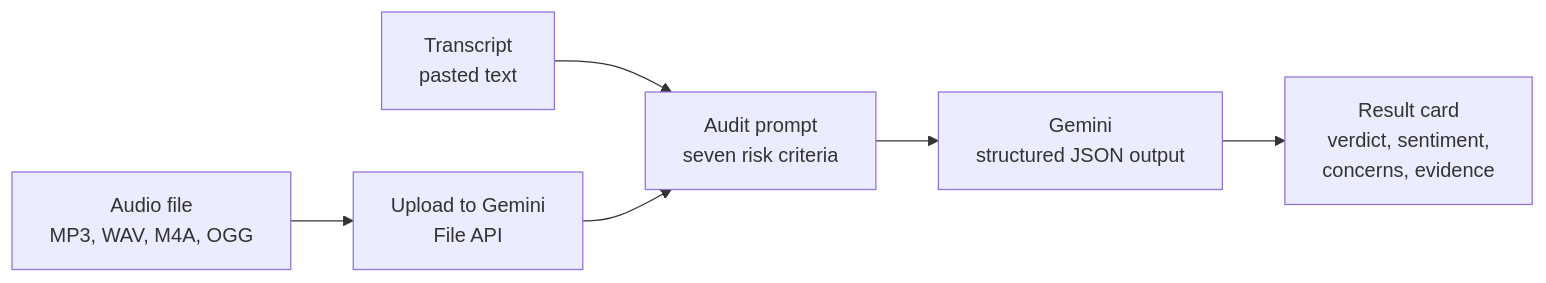
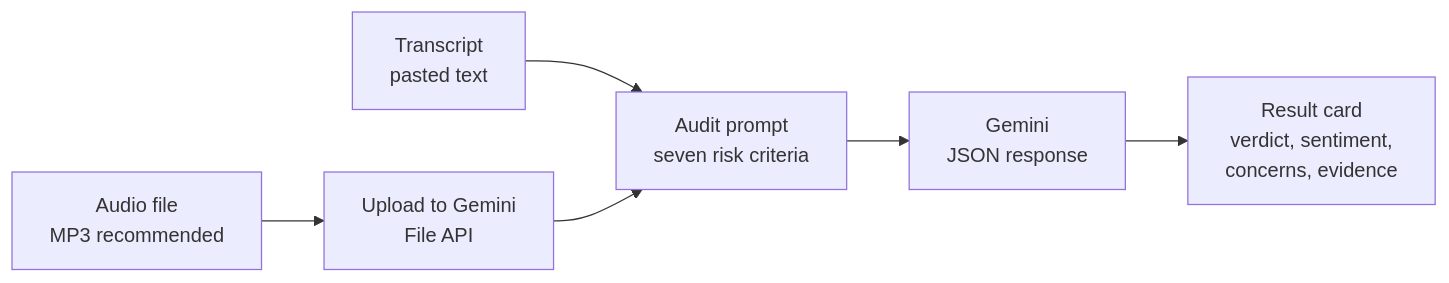
Before and after one commit to Jaswanthnani02/call-auditor-app: the diagram in README.md, drawn with Mermaid. The commit also changed other lines of this file, not shown here.

Commit message:
Match README claims to the analyzer code

````diff
--- a/README.md
+++ b/README.md
@@ -15,7 +15,7 @@
 ```mermaid
 flowchart LR
     T[Transcript<br/>pasted text] --> P
-    A[Audio file<br/>MP3, WAV, M4A, OGG] --> U[Upload to Gemini<br/>File API] --> P
-    P[Audit prompt<br/>seven risk criteria] --> G[Gemini<br/>structured JSON output]
+    A[Audio file<br/>MP3 recommended] --> U[Upload to Gemini<br/>File API] --> P
+    P[Audit prompt<br/>seven risk criteria] --> G[Gemini<br/>JSON response]
     G --> R[Result card<br/>verdict, sentiment,<br/>concerns, evidence]
 ```
````
